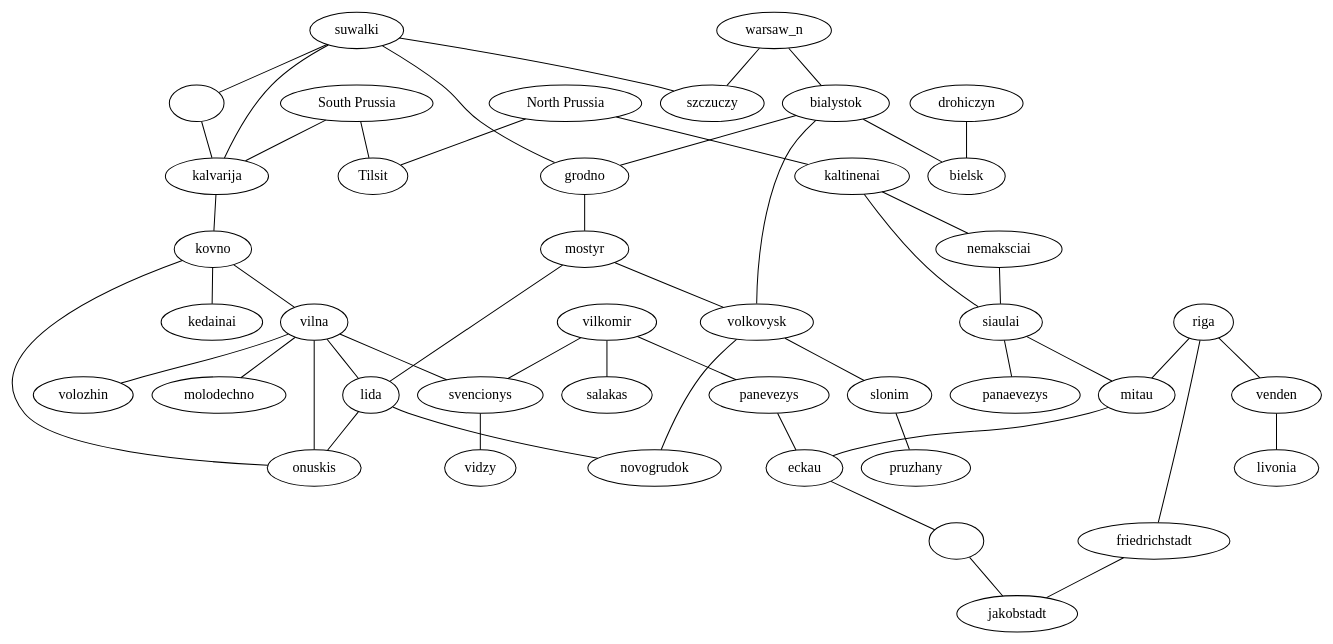
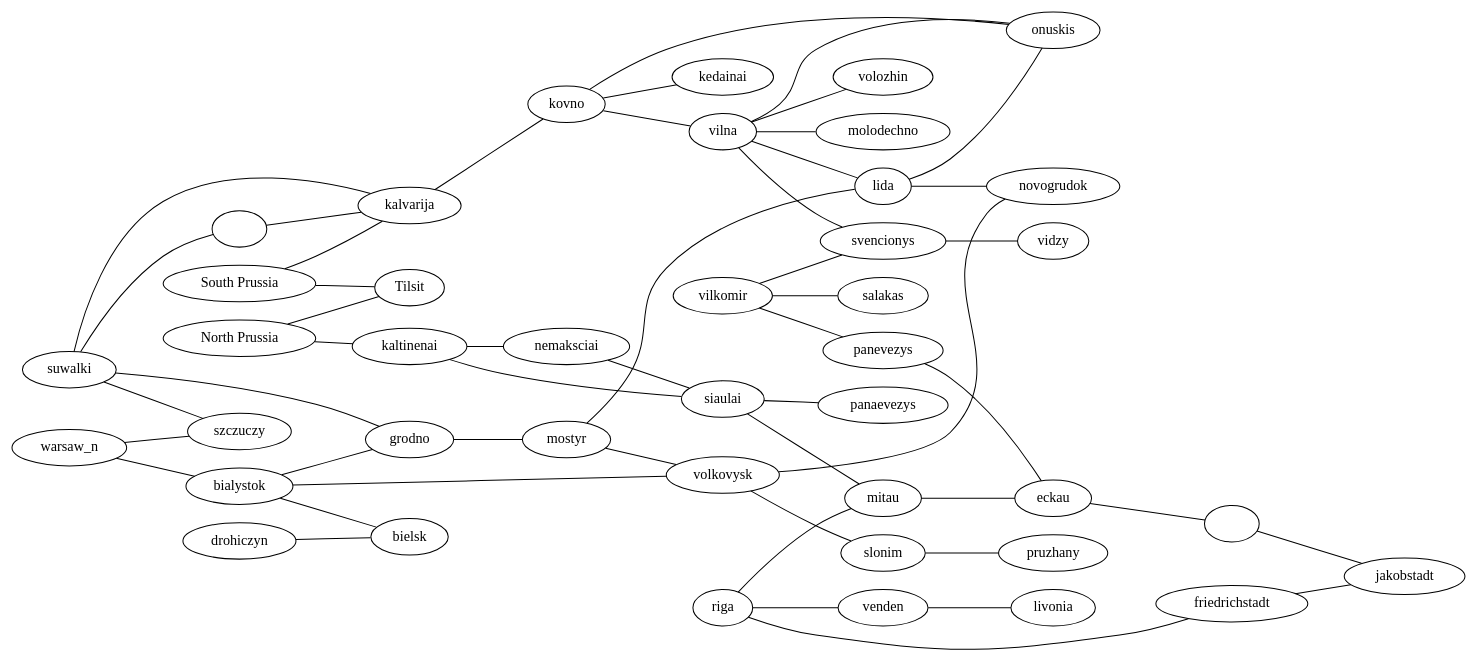
The diagram in map.dot (jmettraux/dot1812), drawn with Graphviz before and after one commit. The commit also changed other lines of this file and 1 other file, not shown here.

Commit message:
Use Left-Right as rankdir

```diff
--- a/map.dot
+++ b/map.dot
@@ -1,60 +1,59 @@
 
 // dot1812/map.dot
 
 strict graph {
+
+  rankdir="LR";
 
   prussia_n [label="North Prussia"];
   prussia_s [label="South Prussia"];
   tilsit [label="Tilsit"];
   suwalki_e [label=""];
   eckau_e [label=""];
 
+  riga -- mitau;
   prussia_n -- tilsit;
   prussia_n -- kaltinenai;
   kaltinenai -- nemaksciai;
   nemaksciai -- siaulai;
   kaltinenai -- siaulai;
-  siaulai -- mitau;
+  siaulai -- mitau -- eckau;
+  panevezys -- eckau -- eckau_e -- jakobstadt;
   siaulai -- panaevezys;
-  riga -- mitau;
-  mitau -- eckau;
   prussia_s -- tilsit;
   prussia_s -- kalvarija;
   suwalki -- kalvarija;
   suwalki -- szczuczy;
   suwalki -- suwalki_e;
   suwalki_e -- kalvarija;
   warsaw_n -- szczuczy;
   warsaw_n -- bialystok;
   bialystok -- bielsk;
   drohiczyn -- bielsk;
   bialystok -- volkovysk;
   mostyr -- volkovysk;
   bialystok -- grodno;
   suwalki -- grodno;
   grodno -- mostyr;
   mostyr -- lida;
   lida -- novogrudok;
   lida -- onuskis;
   volkovysk -- novogrudok;
   volkovysk -- slonim -- pruzhany;
   kalvarija -- kovno;
   kovno -- kedainai;
   kovno -- onuskis;
   kovno -- vilna;
   vilna -- onuskis;
   vilna -- lida;
   vilna -- volozhin;
   vilna -- molodechno;
   vilna -- svencionys;
   svencionys -- vidzy;
   vilkomir -- svencionys;
   vilkomir -- salakas;
   vilkomir -- panevezys;
-  panevezys -- eckau;
-  eckau -- eckau_e;
-  eckau_e -- jakobstadt;
   riga -- friedrichstadt -- jakobstadt;
   riga -- venden;
   venden -- livonia;
 }
```
